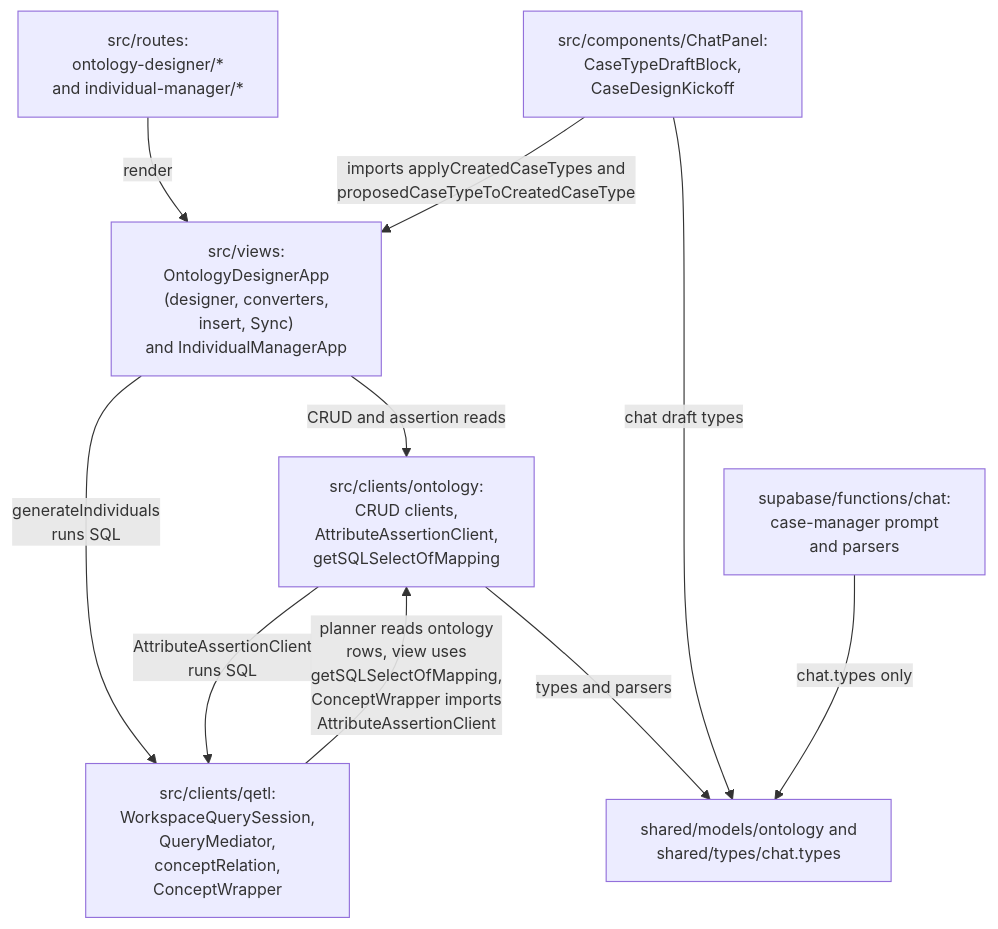
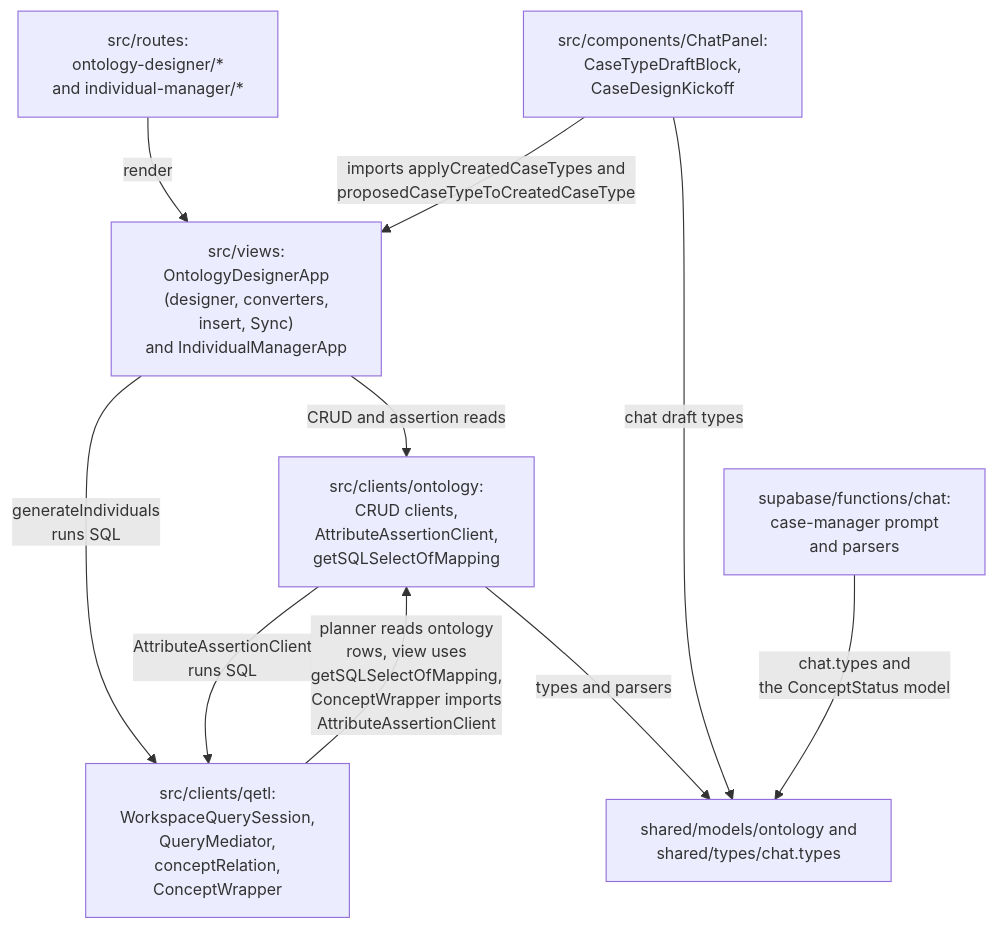
Before and after one commit to AvandarLabs/avandar: the first of 10 diagrams in docs/ontology-architecture.md, drawn with Mermaid. The commit also changed other lines of this file and 1 other file, not shown here.

Commit message:
docs(case-statuses): document the status column and chat statuses, and update the roadmap

````diff
--- a/docs/ontology-architecture.md
+++ b/docs/ontology-architecture.md
@@ -100,20 +101,20 @@
 ```mermaid
 %%{init: {'themeVariables': {'fontSize': '14px'}}}%%
 flowchart TD
   RT["src/routes:<br/>ontology-designer/*<br/>and individual-manager/*"]
   VW["src/views:<br/>OntologyDesignerApp<br/>(designer, converters,<br/>insert, Sync)<br/>and IndividualManagerApp"]
   CP["src/components/ChatPanel:<br/>CaseTypeDraftBlock,<br/>CaseDesignKickoff"]
   OC["src/clients/ontology:<br/>CRUD clients,<br/>AttributeAssertionClient,<br/>getSQLSelectOfMapping"]
   QE["src/clients/qetl:<br/>WorkspaceQuerySession,<br/>QueryMediator,<br/>conceptRelation,<br/>ConceptWrapper"]
   SM["shared/models/ontology and<br/>shared/types/chat.types"]
   EF["supabase/functions/chat:<br/>case-manager prompt<br/>and parsers"]
   RT -- "render" --> VW
   CP -- "imports applyCreatedCaseTypes and<br/>proposedCaseTypeToCreatedCaseType" --> VW
   VW -- "CRUD and assertion reads" --> OC
   VW -- "generateIndividuals<br/>runs SQL" --> QE
   OC -- "AttributeAssertionClient<br/>runs SQL" --> QE
   QE -- "planner reads ontology<br/>rows, view uses<br/>getSQLSelectOfMapping,<br/>ConceptWrapper imports<br/>AttributeAssertionClient" --> OC
   OC -- "types and parsers" --> SM
   CP -- "chat draft types" --> SM
-  EF -- "chat.types only" --> SM
+  EF -- "chat.types and<br/>the ConceptStatus model" --> SM
 ```
````
